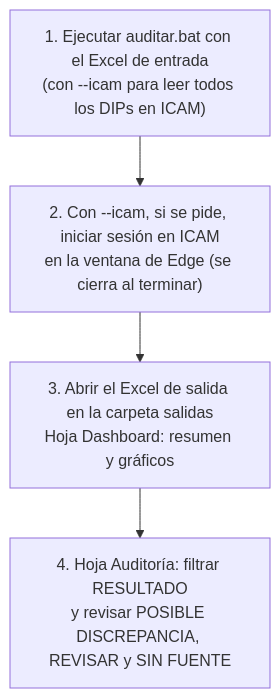
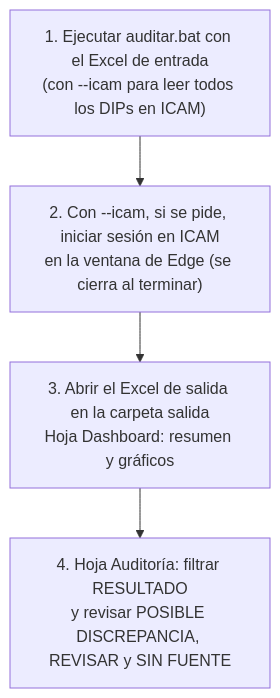
The second of 9 diagrams in docs/proceso.md (lviloriabas/dips), drawn with Mermaid before and after one commit. The commit also changed other lines of this file and 11 other files, not shown here.

Commit message:
Precisa el resumen y unifica los resultados en salida

````diff
--- a/docs/proceso.md
+++ b/docs/proceso.md
@@ -54,7 +54,7 @@
 ```mermaid
 flowchart TD
     A["1. Ejecutar auditar.bat con el Excel de entrada<br/>(con --icam para leer todos los DIPs en ICAM)"] --> B
     B["2. Con --icam, si se pide, iniciar sesión en ICAM<br/>en la ventana de Edge (se cierra al terminar)"] --> C
-    C["3. Abrir el Excel de salida en la carpeta salidas<br/>Hoja Dashboard: resumen y gráficos"] --> D
+    C["3. Abrir el Excel de salida en la carpeta salida<br/>Hoja Dashboard: resumen y gráficos"] --> D
     D["4. Hoja Auditoría: filtrar RESULTADO<br/>y revisar POSIBLE DISCREPANCIA, REVISAR y SIN FUENTE"]
 ```
````
